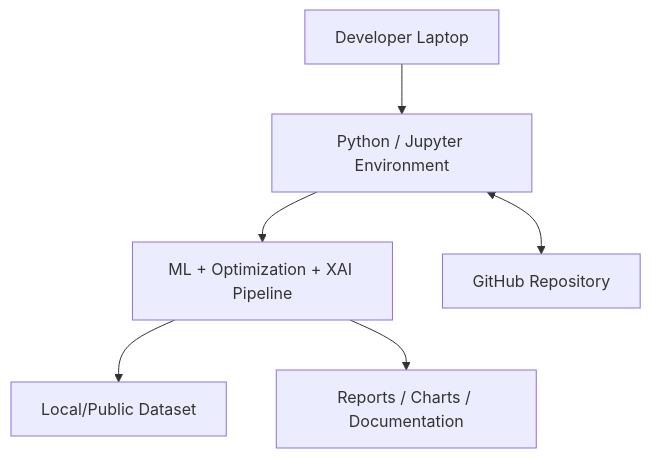
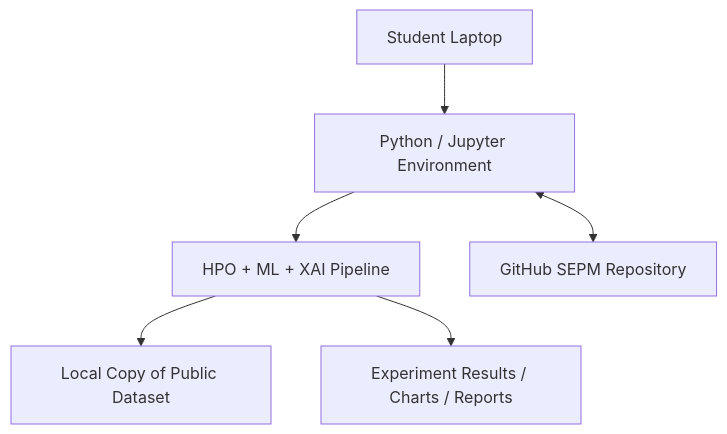
The sixth of 6 diagrams in docs/SEPM/07_UML_Diagrams.md (harshkhamkar26/Hyperparameter-Optimization-XAI), drawn with Mermaid before and after one commit. The commit also changed other lines of this file, not shown here.

Commit message:
Update UML diagrams for final Bank Marketing research workflow

````diff
--- a/docs/SEPM/07_UML_Diagrams.md
+++ b/docs/SEPM/07_UML_Diagrams.md
@@ -128,11 +168,14 @@
 ```mermaid
 flowchart TB
-    Laptop[Developer Laptop]
-    IDE[Python / Jupyter Environment]
-    Laptop --> IDE
-    IDE --> Pipeline[ML + Optimization + XAI Pipeline]
-    Pipeline --> Dataset[Local/Public Dataset]
-    Pipeline --> Output[Reports / Charts / Documentation]
-    GitHub[GitHub Repository]
-    IDE <--> GitHub
+    Laptop[Student Laptop]
+    Python[Python / Jupyter Environment]
+    Pipeline[HPO + ML + XAI Pipeline]
+    Data[Local Copy of Public Dataset]
+    Output[Experiment Results / Charts / Reports]
+    GitHub[GitHub SEPM Repository]
+    Laptop --> Python
+    Python --> Pipeline
+    Pipeline --> Data
+    Pipeline --> Output
+    Python <--> GitHub
 ```
````
